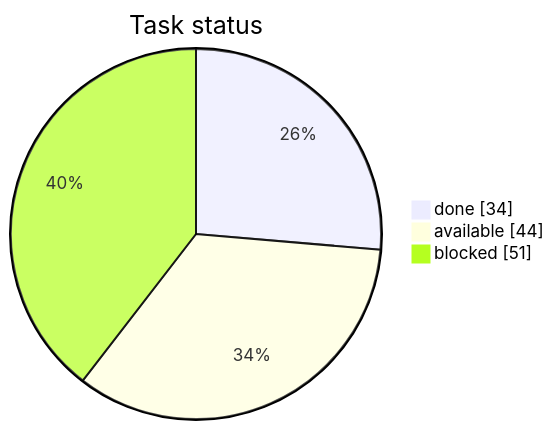
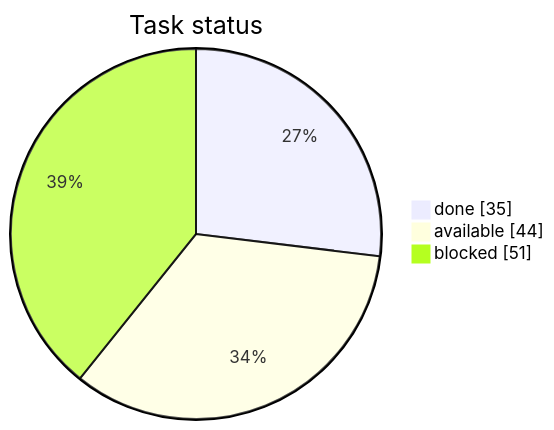
One commit to artemiiShabanov/RallyRivals changed the first of 3 diagrams in STATUS.md. Above: the diagram before and after it, drawn with Mermaid. The commit also changed other lines of this file and 292 other files, not shown here.

````diff
--- a/STATUS.md
+++ b/STATUS.md
@@ -7,7 +7,7 @@
 ```mermaid
 pie showData
     title Task status
-    "done" : 34
+    "done" : 35
     "available" : 44
     "blocked" : 51
 ```
````
